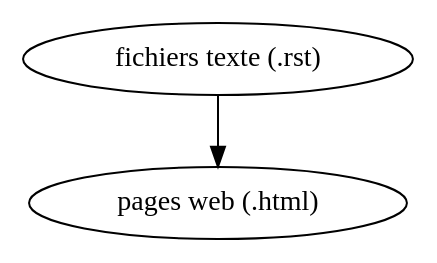
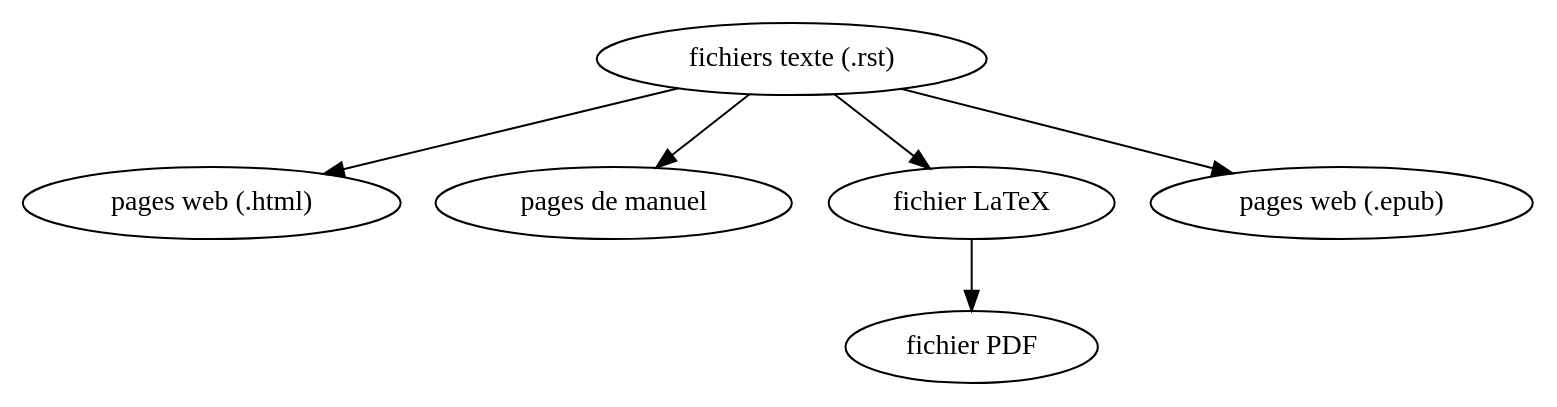
The first of 4 diagrams in graph.rst (Naereen/web-sphinx), drawn with Graphviz before and after one commit. The commit also changed other lines of this file and 3 other files, not shown here.

```diff
--- a/graph.rst
+++ b/graph.rst
@@ -31,5 +31,8 @@
 .. graphviz::
 
    digraph Sphinx {
       "fichiers texte (.rst)" -> "pages web (.html)";
+      "fichiers texte (.rst)" -> "pages de manuel";
+      "fichiers texte (.rst)" -> "fichier LaTeX" -> "fichier PDF";
+      "fichiers texte (.rst)" -> "pages web (.epub)";
    }
```
